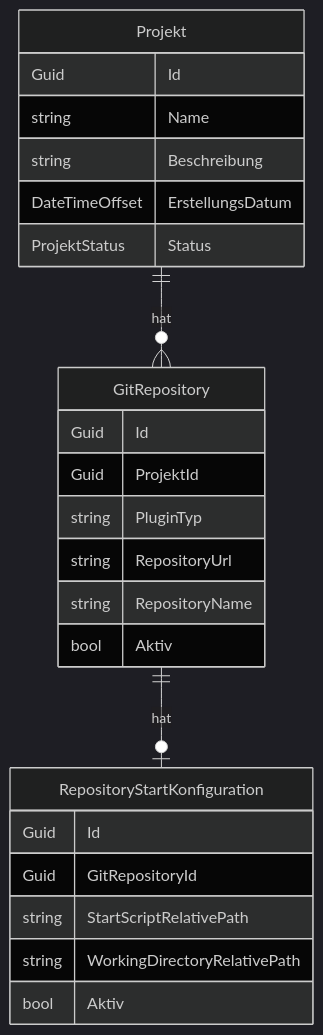
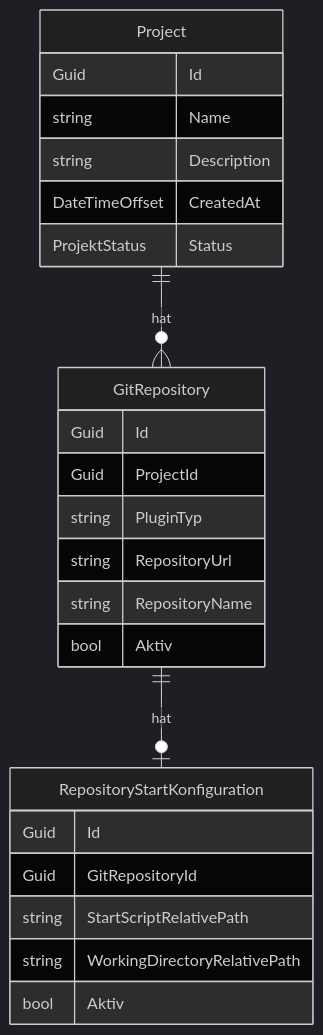
The diagram in docs/help/projekte/datenmodell.md (martin-stromberg/Softwareschmiede), drawn with Mermaid (dark theme) before and after one commit. The commit also changed other lines of this file and 76 other files, not shown here.

````diff
--- a/docs/help/projekte/datenmodell.md
+++ b/docs/help/projekte/datenmodell.md
@@ -41,27 +41,27 @@
 ```mermaid
 erDiagram
-    Projekt {
+    Project {
         Guid Id
         string Name
-        string Beschreibung
-        DateTimeOffset ErstellungsDatum
+        string Description
+        DateTimeOffset CreatedAt
         ProjektStatus Status
     }
     GitRepository {
         Guid Id
-        Guid ProjektId
+        Guid ProjectId
         string PluginTyp
         string RepositoryUrl
         string RepositoryName
         bool Aktiv
     }
     RepositoryStartKonfiguration {
         Guid Id
         Guid GitRepositoryId
         string StartScriptRelativePath
         string WorkingDirectoryRelativePath
         bool Aktiv
     }
-    Projekt ||--o{ GitRepository : "hat"
+    Project ||--o{ GitRepository : "hat"
     GitRepository ||--o| RepositoryStartKonfiguration : "hat"
 ```
````
